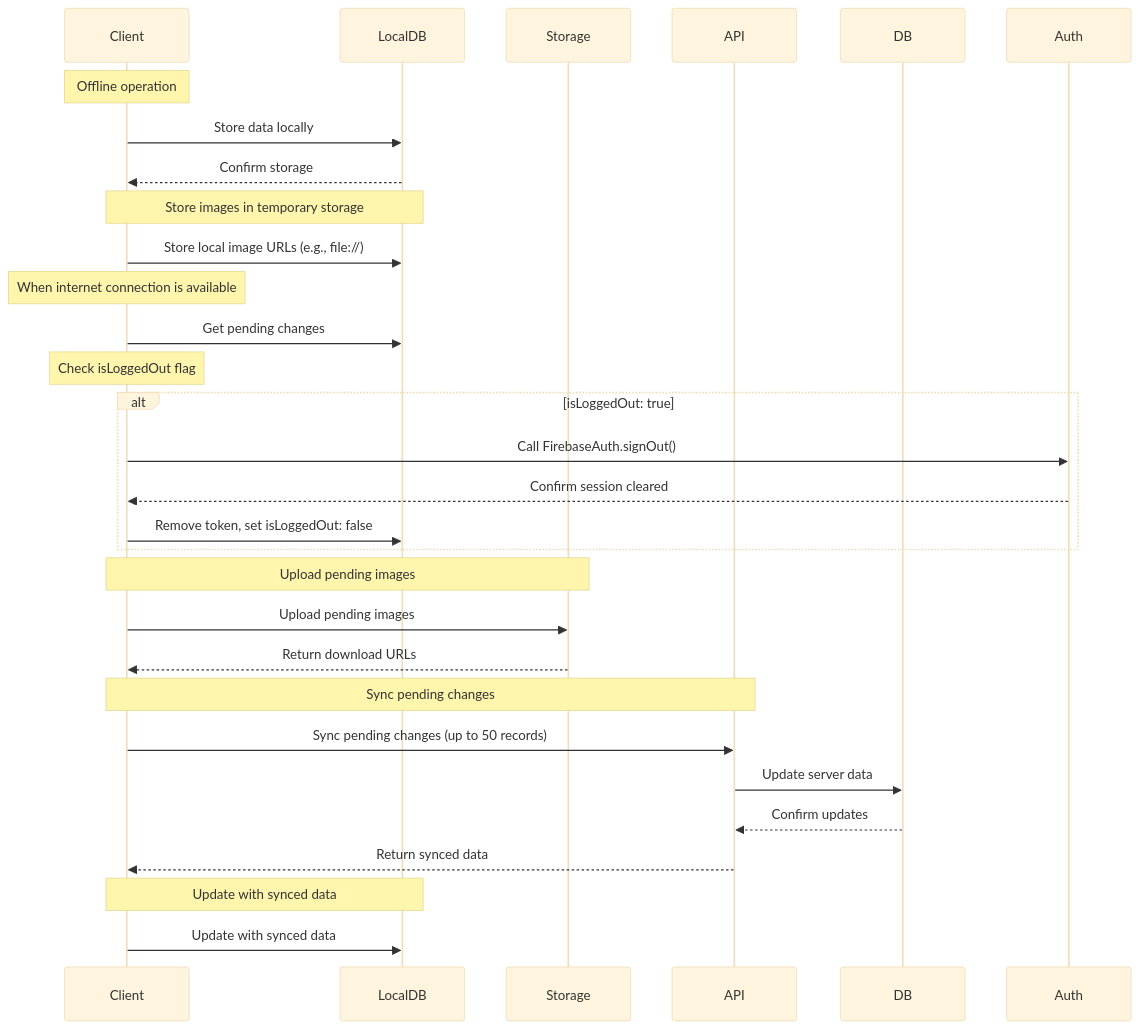
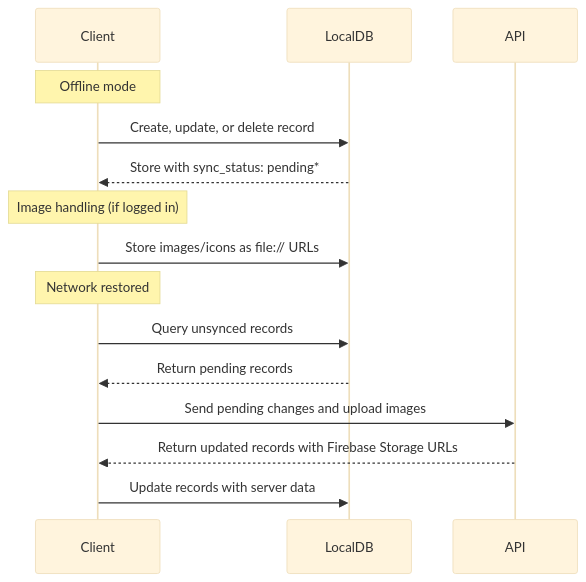
One commit to lhhiep2204/Locify changed the third of 5 diagrams in docs/Locify_System_Architecture.md. Above: the diagram before and after it, drawn with Mermaid (base theme). The commit also changed other lines of this file and 4 other files, not shown here.

````diff
--- a/docs/Locify_System_Architecture.md
+++ b/docs/Locify_System_Architecture.md
@@ -131,32 +127,17 @@
 ```mermaid
 sequenceDiagram
     participant Client
     participant LocalDB
-    participant Storage
-    participant API
-    participant DB
 
-    Note over Client: Offline operation
-    Client->>LocalDB: Store data locally
-    LocalDB-->>Client: Confirm storage
-    Note over Client,LocalDB: Store images in temporary storage
-    Client->>LocalDB: Store local image URLs (e.g., file://)
-    Note over Client: When internet connection is available
-    Client->>LocalDB: Get pending changes
-    Note over Client: Check isLoggedOut flag
-    alt isLoggedOut: true
-        Client->>Auth: Call FirebaseAuth.signOut()
-        Auth-->>Client: Confirm session cleared
-        Client->>LocalDB: Remove token, set isLoggedOut: false
-    end
-    Note over Client,Storage: Upload pending images
-    Client->>Storage: Upload pending images
-    Storage-->>Client: Return download URLs
-    Note over Client,API: Sync pending changes
-    Client->>API: Sync pending changes (up to 50 records)
-    API->>DB: Update server data
-    DB-->>API: Confirm updates
-    API-->>Client: Return synced data
-    Note over Client,LocalDB: Update with synced data
-    Client->>LocalDB: Update with synced data
+    Note over Client: Offline mode
+    Client->>LocalDB: Create, update, or delete record
+    LocalDB-->>Client: Store with sync_status: pending*
+    Note over Client: Image handling (if logged in)
+    Client->>LocalDB: Store images/icons as file:// URLs
+    Note over Client: Network restored
+    Client->>LocalDB: Query unsynced records
+    LocalDB-->>Client: Return pending records
+    Client->>API: Send pending changes and upload images
+    API-->>Client: Return updated records with Firebase Storage URLs
+    Client->>LocalDB: Update records with server data
 ```
````
